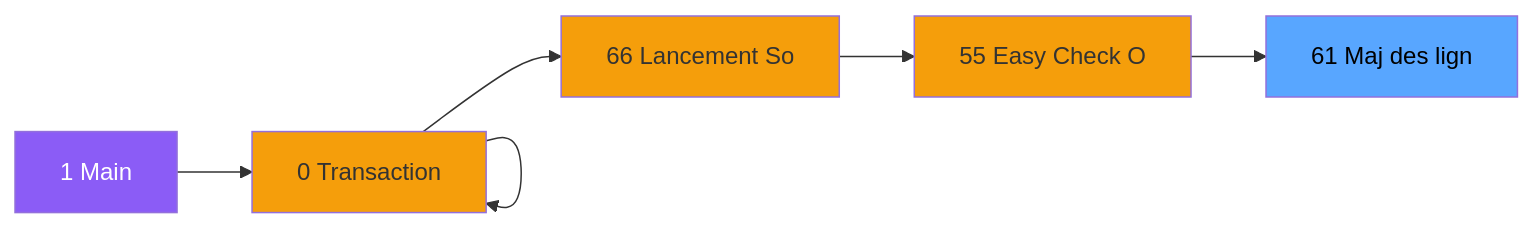
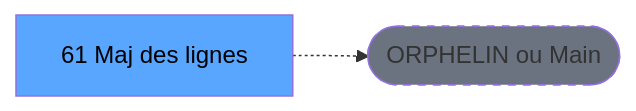
One commit to thonyAGP/lecteur-magic changed the second of 3 diagrams in .openspec/renders/ADH-IDE-61.md. Above: the diagram before and after it, drawn with Mermaid. The commit also changed other lines of this file and 701 other files, not shown here.

````diff
--- a/.openspec/renders/ADH-IDE-61.md
+++ b/.openspec/renders/ADH-IDE-61.md
@@ -121,23 +120,8 @@
 ```mermaid
 graph LR
-    M[1 Main]
-    N0[0 Transaction ]
-    N0[0 Transaction ]
-    N0[0 Transaction ]
-    N66[66 Lancement So]
-    N55[55 Easy Check O]
-    T[61 Maj des lign]
-    M --> N0
-    N0 --> N0
-    N0 --> N0
-    N0 --> N66
-    N66 --> N55
-    N55 --> T
-    style M fill:#8b5cf6,color:#fff
-    style N0 fill:#f59e0b
-    style N0 fill:#f59e0b
-    style N0 fill:#f59e0b
-    style N66 fill:#f59e0b
-    style N55 fill:#f59e0b
+    T[61 Maj des lignes ]
+    ORPHAN([ORPHELIN ou Main])
+    T -.-> ORPHAN
     style T fill:#58a6ff,color:#000
+    style ORPHAN fill:#6b7280,stroke-dasharray: 5 5
 ```
````
